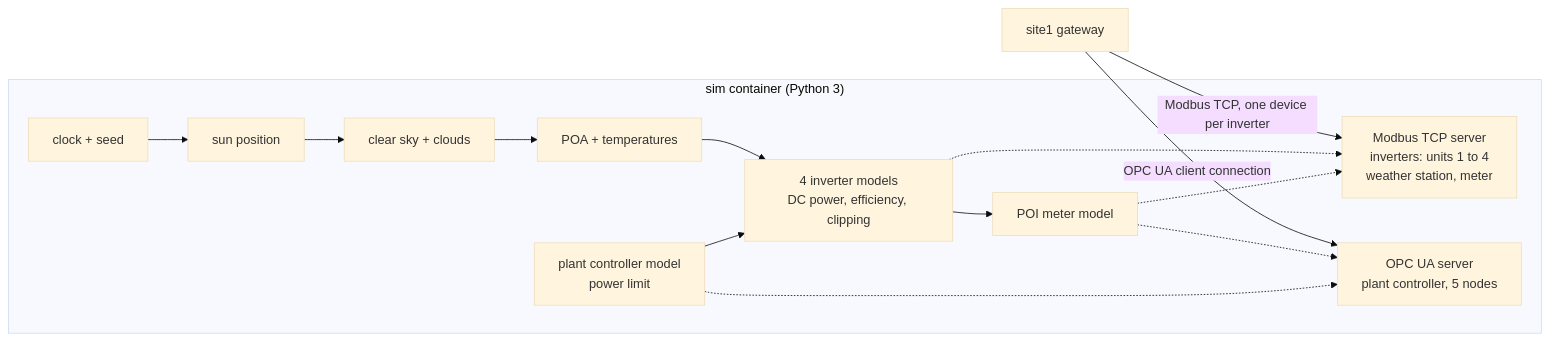
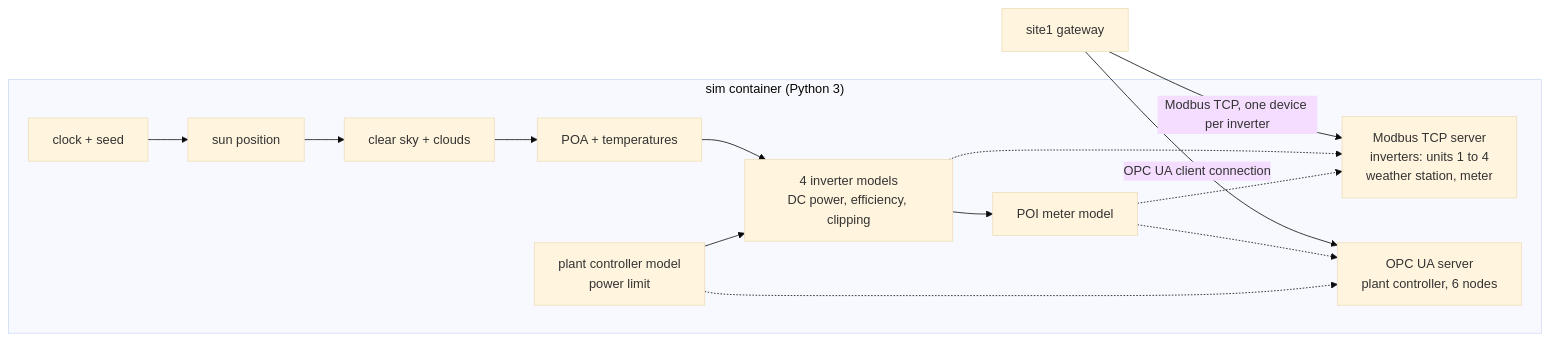
The diagram in docs/layer-cards/01-field-devices-and-simulator.md (weslysmith863/ignition-fleet-scada), drawn with Mermaid (base theme) before and after one commit. The commit also changed other lines of this file and 17 other files, not shown here.

````diff
--- a/docs/layer-cards/01-field-devices-and-simulator.md
+++ b/docs/layer-cards/01-field-devices-and-simulator.md
@@ -33,17 +33,17 @@
 ```mermaid
 flowchart LR
   subgraph SIM["sim container (Python 3)"]
     CLK["clock + seed"] --> SUN["sun position"] --> SKY["clear sky + clouds"] --> POA["POA + temperatures"] --> INV["4 inverter models<br>DC power, efficiency, clipping"]
     PCM["plant controller model<br>power limit"] --> INV
     INV --> MET["POI meter model"]
     MB["Modbus TCP server<br>inverters: units 1 to 4<br>weather station, meter"]
-    OPC["OPC UA server<br>plant controller, 5 nodes"]
+    OPC["OPC UA server<br>plant controller, 6 nodes"]
   end
   SITE1["site1 gateway"]
   SITE1 -->|"Modbus TCP, one device per inverter"| MB
   SITE1 -->|"OPC UA client connection"| OPC
   INV -.-> MB
   MET -.-> MB
   MET -.-> OPC
   PCM -.-> OPC
 ```
````
